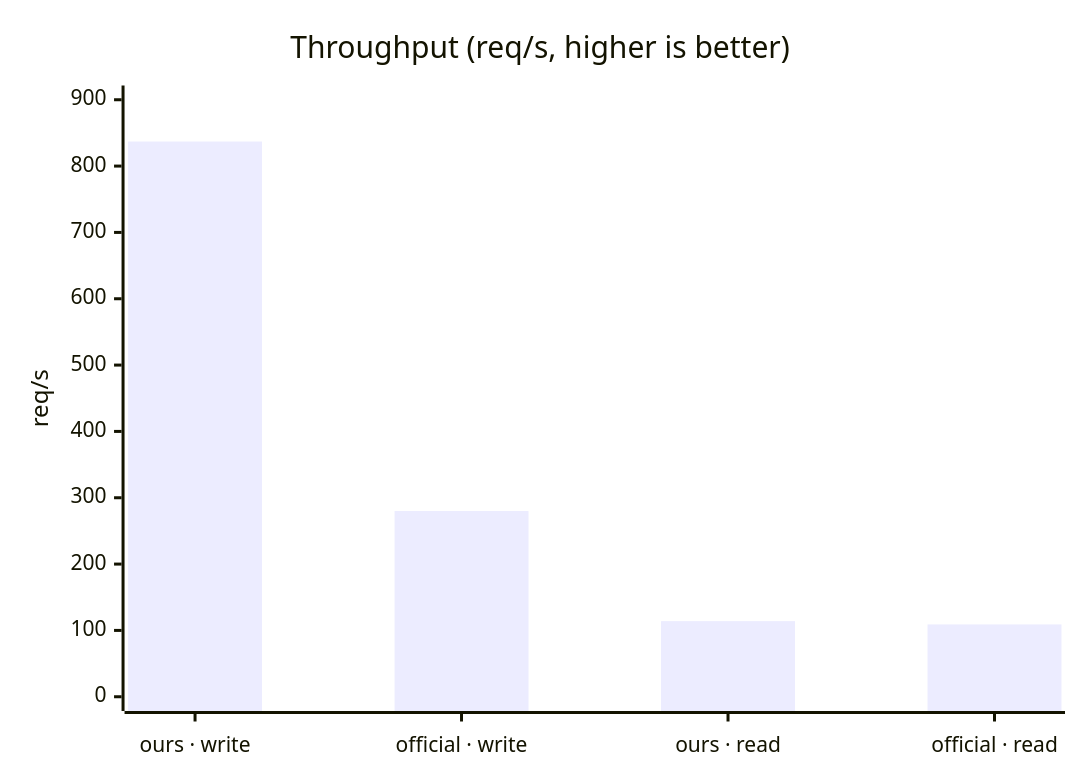
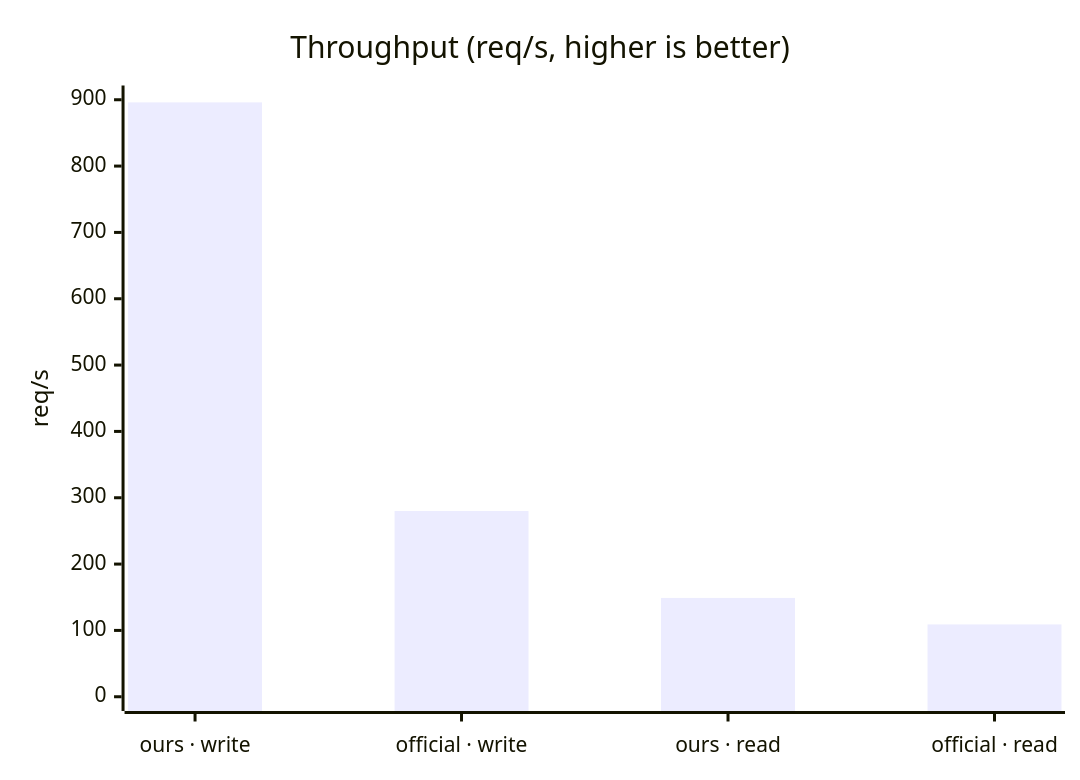
Before and after one commit to francyfox/umami-back-lite: the first of 4 diagrams in README.md, drawn with Mermaid. The commit also changed other lines of this file and 1 other file, not shown here.

First line of the commit message:
docs: refresh benchmark numbers after the lazy-mount fix, add cold-boot figure

````diff
--- a/README.md
+++ b/README.md
@@ -136,7 +136,7 @@
 ```mermaid
 xychart-beta
     title "Throughput (req/s, higher is better)"
     x-axis ["ours · write", "official · write", "ours · read", "official · read"]
     y-axis "req/s" 0 --> 900
-    bar [837, 280, 114, 109]
+    bar [896, 280, 149, 109]
 ```
````
